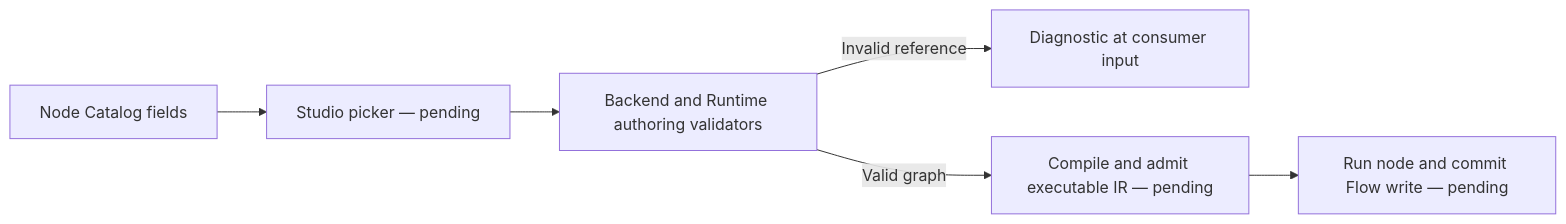
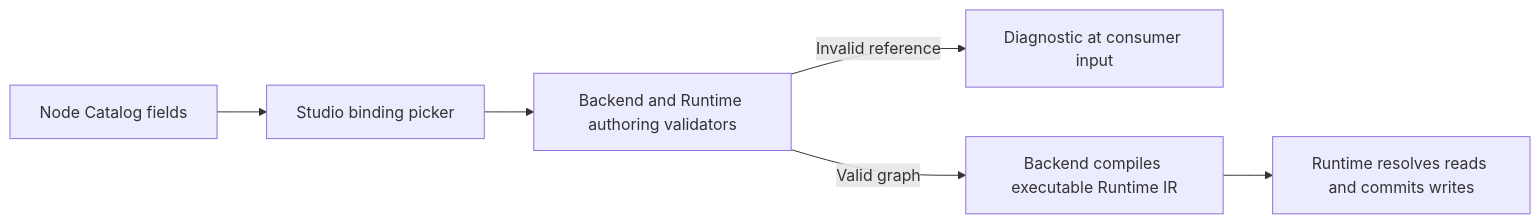
One commit to A2MaTex/a2matex-docs changed the diagram in components/a2matex-runtime/contracts/workflow_bindings.md. Above: the diagram before and after it, drawn with Mermaid. The commit also changed other lines of this file and 23 other files, not shown here.

Commit message:
update editor graph, workflow revision and runtime ir

````diff
--- a/components/a2matex-runtime/contracts/workflow_bindings.md
+++ b/components/a2matex-runtime/contracts/workflow_bindings.md
@@ -9,8 +9,8 @@
 ```mermaid
 flowchart LR
-  C[Node Catalog fields] --> S[Studio picker — pending]
+  C[Node Catalog fields] --> S[Studio binding picker]
   S --> V[Backend and Runtime authoring validators]
   V -->|Invalid reference| X[Diagnostic at consumer input]
-  V -->|Valid graph| G[Compile and admit executable IR — pending]
-  G --> D[Run node and commit Flow write — pending]
+  V -->|Valid graph| G[Backend compiles executable Runtime IR]
+  G --> D[Runtime resolves reads and commits writes]
 ```
````
